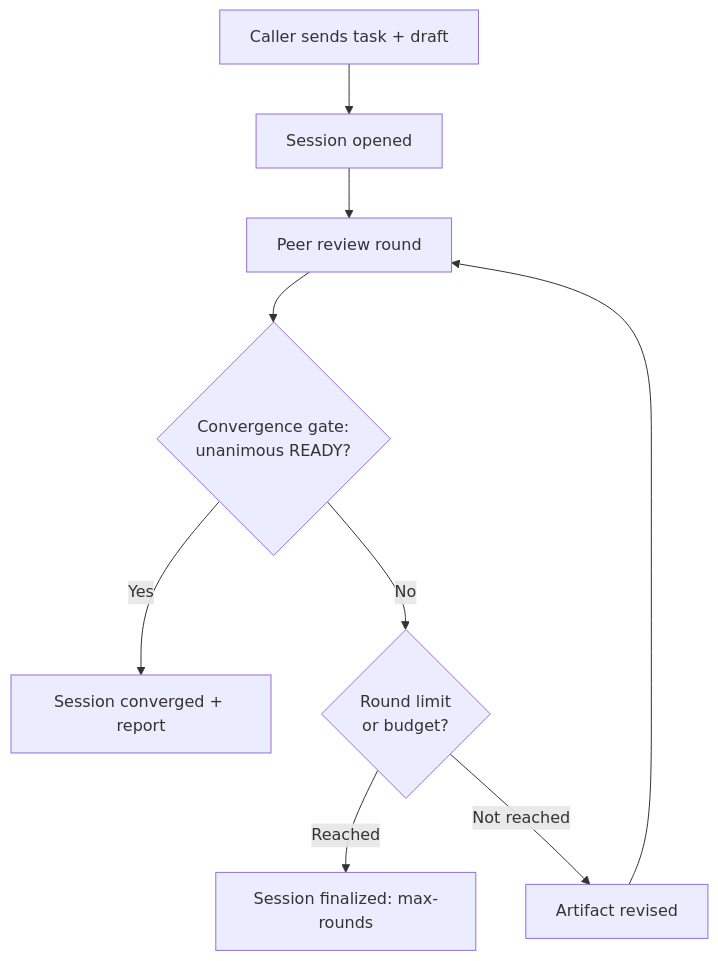
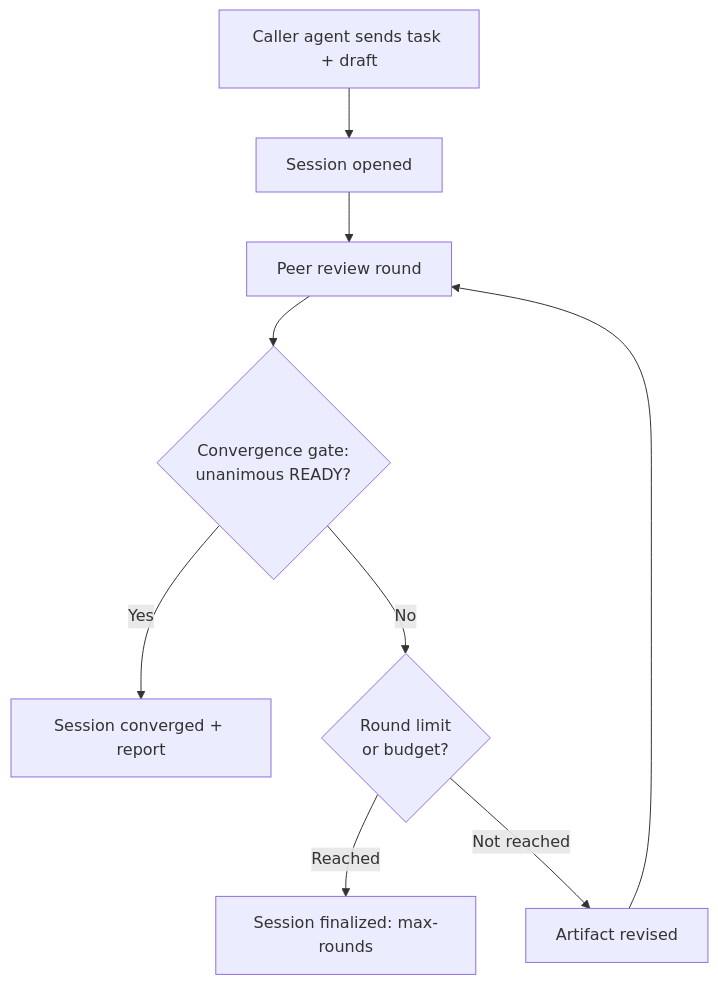
Before and after one commit to LCV-Ideas-Software/cross-review: the diagram in docs/presentation.md, drawn with Mermaid. The commit also changed other lines of this file and 59 other files, not shown here.

````diff
--- a/docs/presentation.md
+++ b/docs/presentation.md
@@ -103,10 +106,10 @@
 ```mermaid
 flowchart TD
-    A[Caller sends task + draft] --> B[Session opened]
+    A[Caller agent sends task + draft] --> B[Session opened]
     B --> C[Peer review round]
     C --> D{Convergence gate:<br/>unanimous READY?}
     D -- Yes --> E[Session converged + report]
     D -- No --> F{Round limit<br/>or budget?}
     F -- Reached --> G[Session finalized: max-rounds]
     F -- Not reached --> H[Artifact revised] --> C
 ```
````
